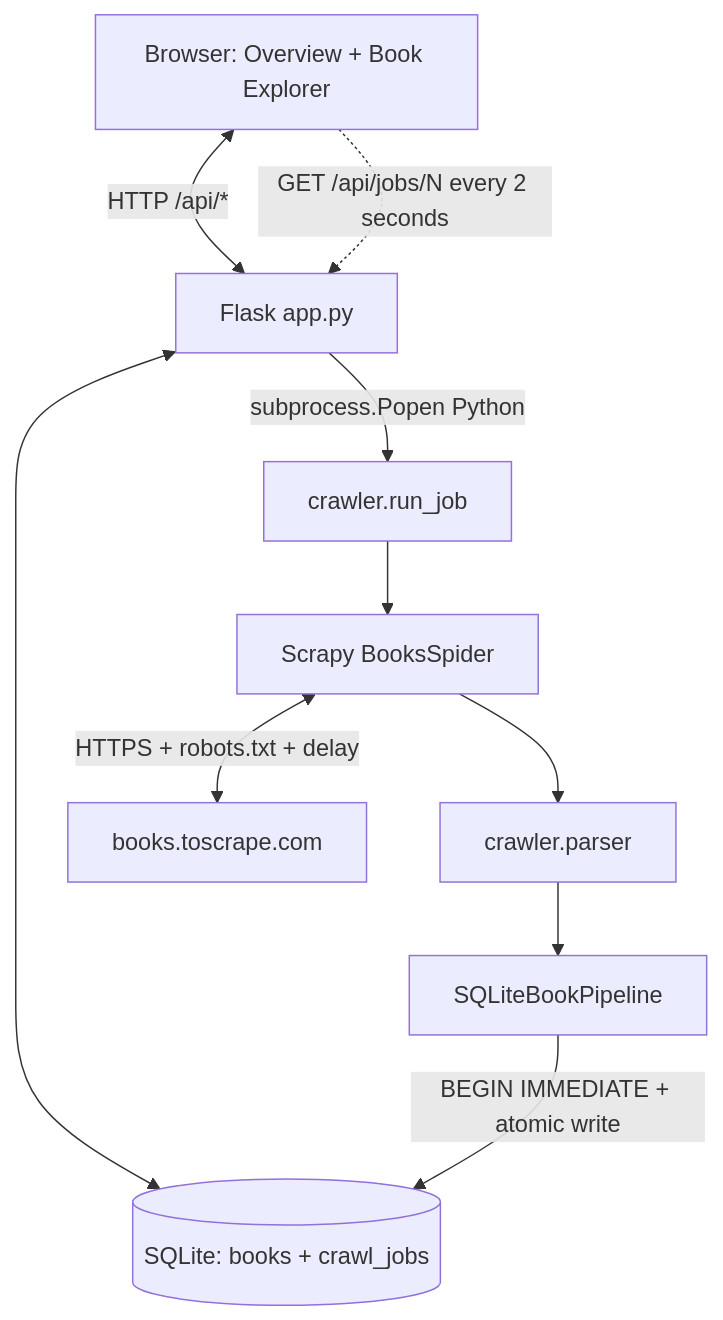
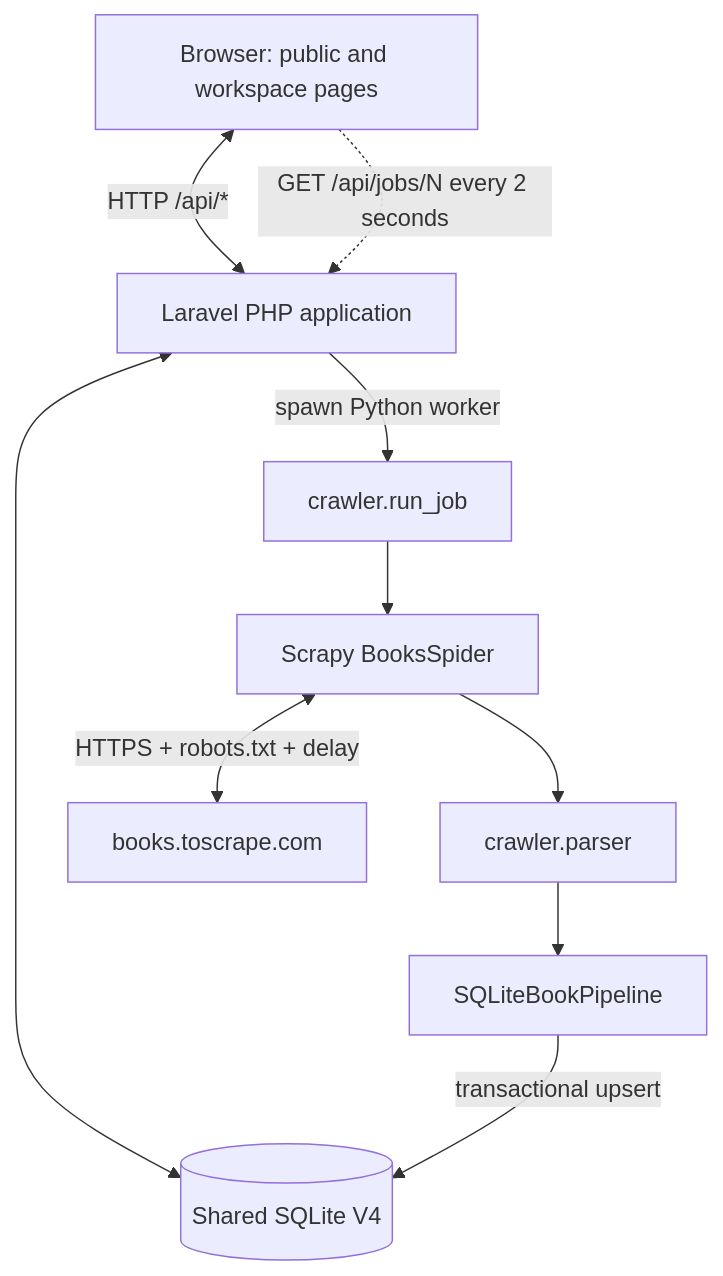
One commit to huytothevoz/LTW_ThucHanh changed the first of 2 diagrams in docs/ARCHITECTURE.md. Above: the diagram before and after it, drawn with Mermaid. The commit also changed other lines of this file and 77 other files, not shown here.

Commit message:
python to php

````diff
--- a/docs/ARCHITECTURE.md
+++ b/docs/ARCHITECTURE.md
@@ -9,12 +7,12 @@
 ```mermaid
 flowchart TD
-  UI[Browser: Overview + Book Explorer] <-->|HTTP /api/*| WEB[Flask app.py]
-  WEB <--> DB[(SQLite: books + crawl_jobs)]
-  WEB -->|subprocess.Popen Python| RUN[crawler.run_job]
+  UI[Browser: public and workspace pages] <-->|HTTP /api/*| WEB[Laravel PHP application]
+  WEB <--> DB[(Shared SQLite V4)]
+  WEB -->|spawn Python worker| RUN[crawler.run_job]
   RUN --> SCRAPY[Scrapy BooksSpider]
   SCRAPY <-->|HTTPS + robots.txt + delay| SITE[books.toscrape.com]
   SCRAPY --> PARSER[crawler.parser]
   PARSER --> PIPE[SQLiteBookPipeline]
-  PIPE -->|BEGIN IMMEDIATE + atomic write| DB
+  PIPE -->|transactional upsert| DB
   UI -.->|GET /api/jobs/N every 2 seconds| WEB
 ```
````
